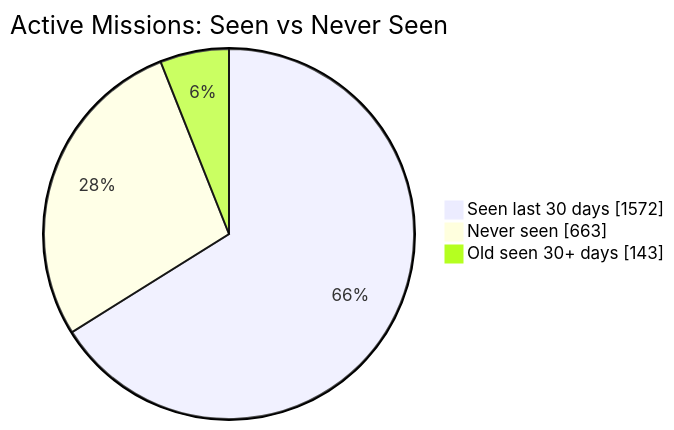
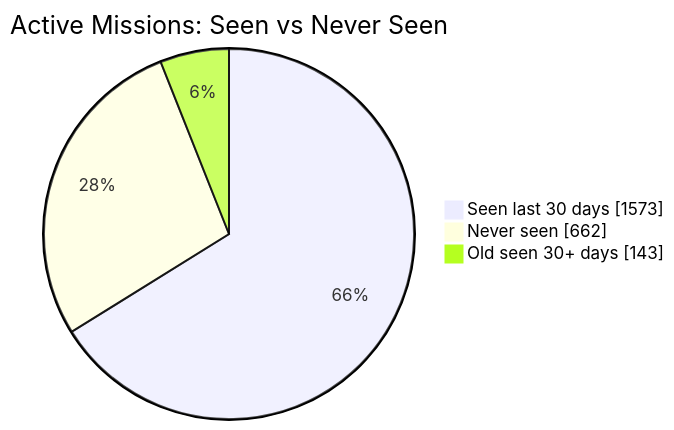
One commit to MeldkamerspelGameTeam/active-missions changed the first of 2 diagrams in README.md. Above: the diagram before and after it, drawn with Mermaid. The commit also changed other lines of this file and 2 other files, not shown here.

````diff
--- a/README.md
+++ b/README.md
@@ -34,7 +34,7 @@
 ```mermaid
 pie showData
     title Active Missions: Seen vs Never Seen
-    "Seen last 30 days" : 1572
-    "Never seen" : 663
+    "Seen last 30 days" : 1573
+    "Never seen" : 662
     "Old seen 30+ days" : 143
 ```
````
